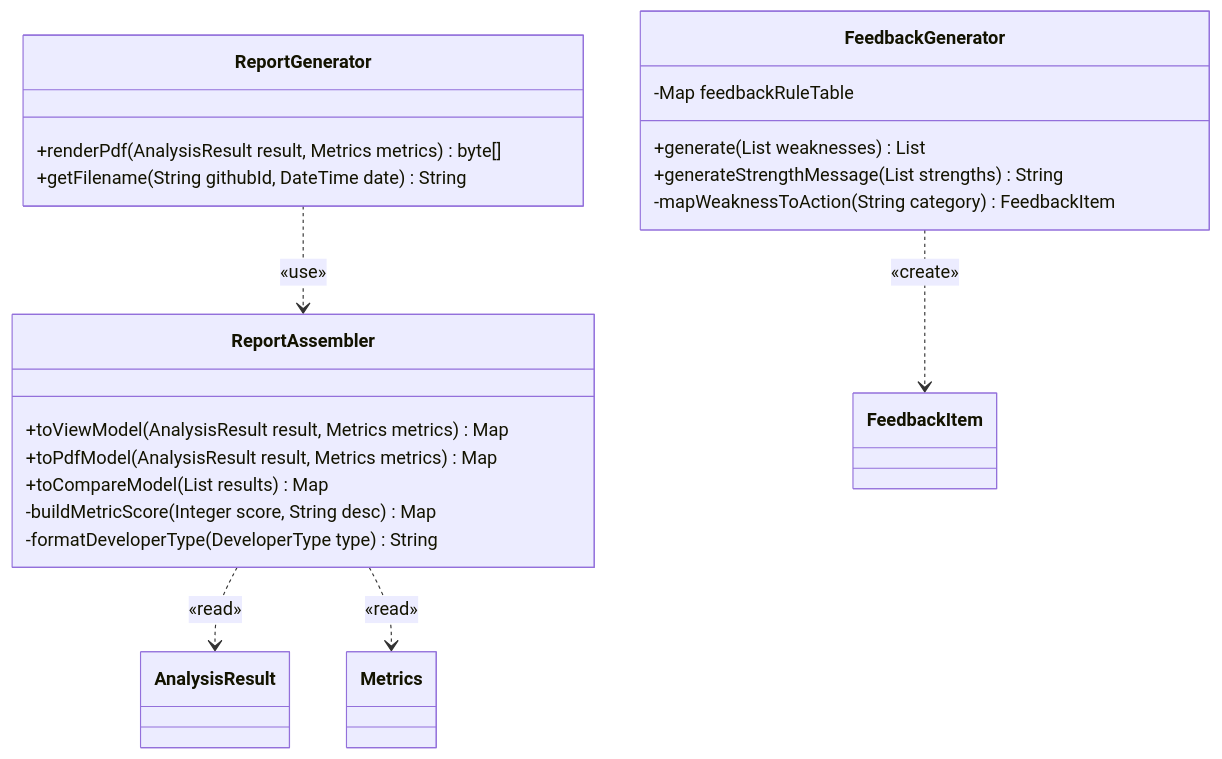
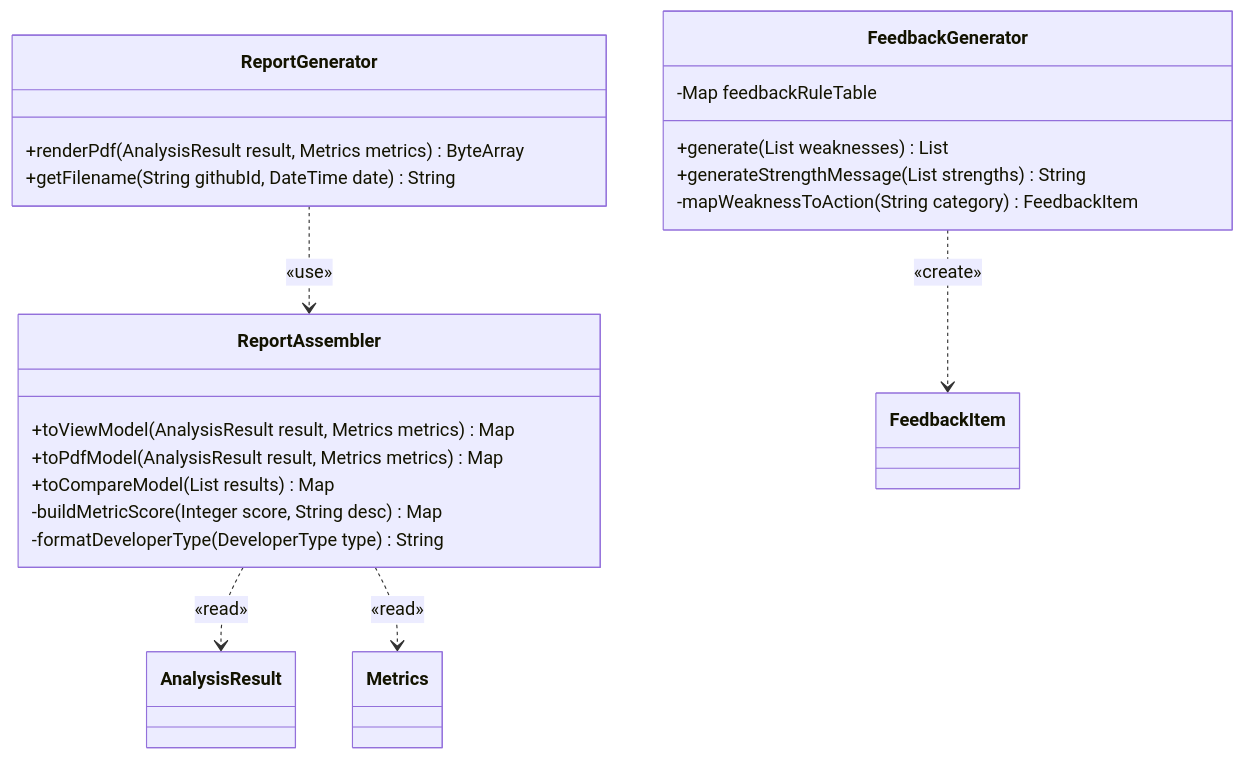
One commit to NotHyoone/OSS_Design changed the eighth of 20 diagrams in docs/project/[Design]22212046_안효원.md. Above: the diagram before and after it, drawn with Mermaid. The commit also changed other lines of this file and 4 other files, not shown here.

Commit message:
docs: sync project diagrams with implementation

````diff
--- a/docs/project/[Design]22212046_안효원.md
+++ b/docs/project/[Design]22212046_안효원.md
@@ -581,29 +584,29 @@
 ```mermaid
 classDiagram
     direction TB
 
     class FeedbackGenerator {
         -Map feedbackRuleTable
         +generate(List weaknesses) List
         +generateStrengthMessage(List strengths) String
         -mapWeaknessToAction(String category) FeedbackItem
     }
 
     class ReportAssembler {
         +toViewModel(AnalysisResult result, Metrics metrics) Map
         +toPdfModel(AnalysisResult result, Metrics metrics) Map
         +toCompareModel(List results) Map
         -buildMetricScore(Integer score, String desc) Map
         -formatDeveloperType(DeveloperType type) String
     }
 
     class ReportGenerator {
-        +renderPdf(AnalysisResult result, Metrics metrics) byte[]
+        +renderPdf(AnalysisResult result, Metrics metrics) ByteArray
         +getFilename(String githubId, DateTime date) String
     }
 
     FeedbackGenerator ..> FeedbackItem : «create»
     ReportAssembler ..> AnalysisResult : «read»
     ReportAssembler ..> Metrics : «read»
     ReportGenerator ..> ReportAssembler : «use»
 ```
````
